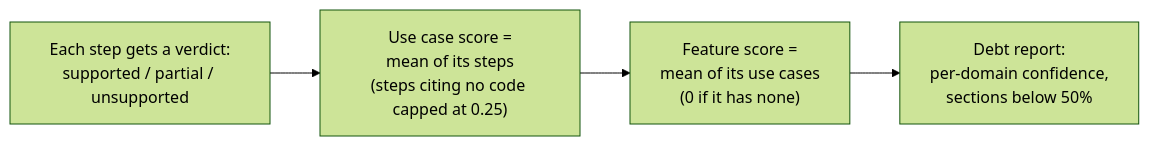
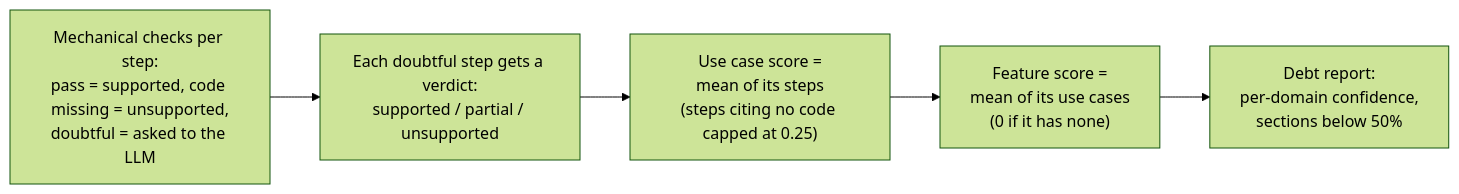
One commit to Electron-libre/RetroDoc changed the fifth of 9 diagrams in docs/ARCHITECTURE.md. Above: the diagram before and after it, drawn with Mermaid (forest theme). The commit also changed other lines of this file and 6 other files, not shown here.

First line of the commit message:
docs: record the mechanical confidence checks and close their issue

````diff
--- a/docs/ARCHITECTURE.md
+++ b/docs/ARCHITECTURE.md
@@ -149,6 +149,7 @@
 ```mermaid
 flowchart LR
-    s["Each step gets a verdict:<br/>supported / partial / unsupported"] --> u["Use case score =<br/>mean of its steps<br/>(steps citing no code capped at 0.25)"]
+    c["Mechanical checks per step:<br/>pass = supported, code missing = unsupported,<br/>doubtful = asked to the LLM"] --> s["Each doubtful step gets a verdict:<br/>supported / partial / unsupported"]
+    s --> u["Use case score =<br/>mean of its steps<br/>(steps citing no code capped at 0.25)"]
     u --> f["Feature score =<br/>mean of its use cases<br/>(0 if it has none)"]
     f --> r["Debt report:<br/>per-domain confidence,<br/>sections below 50%"]
 ```
````
